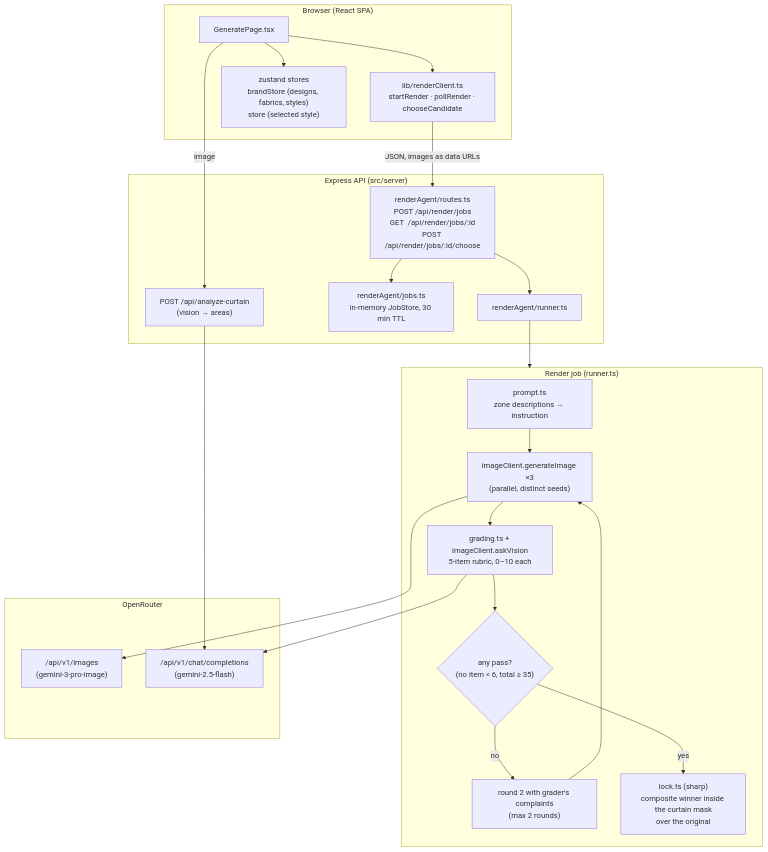
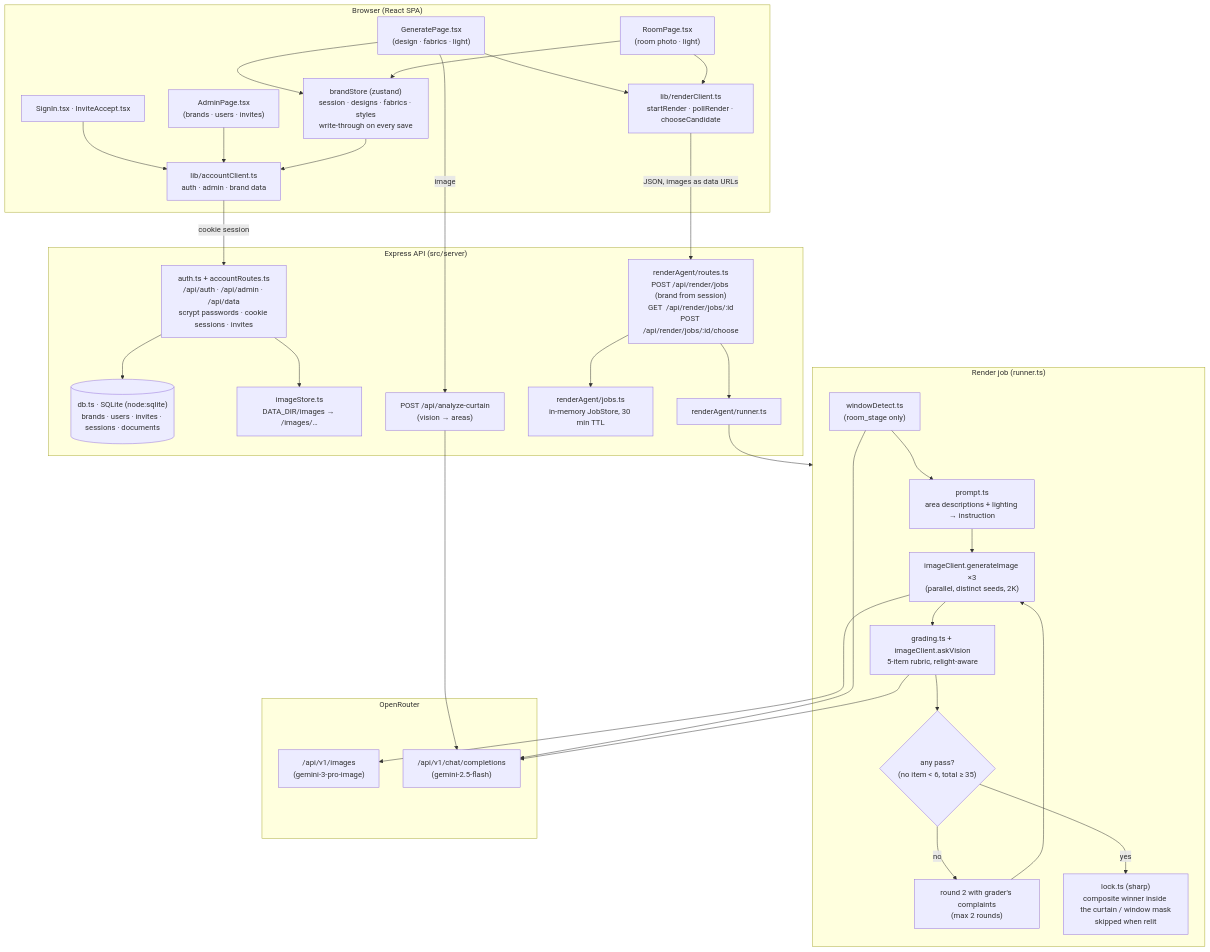
Before and after one commit to Vijendrapratap/Aatmi-curtain: the second of 2 diagrams in README.md, drawn with Mermaid.

Commit message:
docs(readme): architecture diagram covers accounts, persistence, Room page and lighting

````diff
--- a/README.md
+++ b/README.md
@@ -47,43 +47,61 @@
 ```mermaid
 flowchart TB
     subgraph Browser["Browser (React SPA)"]
-        GP["GeneratePage.tsx"]
+        SI["SignIn.tsx · InviteAccept.tsx"]
+        GP["GeneratePage.tsx\n(design · fabrics · light)"]
+        RP["RoomPage.tsx\n(room photo · light)"]
+        AP["AdminPage.tsx\n(brands · users · invites)"]
         RC["lib/renderClient.ts\nstartRender · pollRender · chooseCandidate"]
-        ST["zustand stores\nbrandStore (designs, fabrics, styles)\nstore (selected style)"]
+        AC["lib/accountClient.ts\nauth · admin · brand data"]
+        ST["brandStore (zustand)\nsession · designs · fabrics · styles\nwrite-through on every save"]
         GP --> RC
+        RP --> RC
         GP --> ST
+        RP --> ST
+        SI --> AC
+        AP --> AC
+        ST --> AC
     end
 
     subgraph Server["Express API (src/server)"]
+        AU["auth.ts + accountRoutes.ts\n/api/auth · /api/admin · /api/data\nscrypt passwords · cookie sessions · invites"]
+        DB[("db.ts · SQLite (node:sqlite)\nbrands · users · invites · sessions · documents")]
+        IS["imageStore.ts\nDATA_DIR/images → /images/…"]
         AN["POST /api/analyze-curtain\n(vision → areas)"]
-        RT["renderAgent/routes.ts\nPOST /api/render/jobs\nGET  /api/render/jobs/:id\nPOST /api/render/jobs/:id/choose"]
+        RT["renderAgent/routes.ts\nPOST /api/render/jobs (brand from session)\nGET  /api/render/jobs/:id\nPOST /api/render/jobs/:id/choose"]
         JS["renderAgent/jobs.ts\nin-memory JobStore, 30 min TTL"]
         RN["renderAgent/runner.ts"]
+        AU --> DB
+        AU --> IS
         RT --> JS
         RT --> RN
     end
 
     subgraph Pipeline["Render job (runner.ts)"]
-        P["prompt.ts\nzone descriptions → instruction"]
-        GEN["imageClient.generateImage ×3\n(parallel, distinct seeds)"]
-        GR["grading.ts + imageClient.askVision\n5-item rubric, 0–10 each"]
+        P["prompt.ts\narea descriptions + lighting → instruction"]
+        WD["windowDetect.ts\n(room_stage only)"]
+        GEN["imageClient.generateImage ×3\n(parallel, distinct seeds, 2K)"]
+        GR["grading.ts + imageClient.askVision\n5-item rubric, relight-aware"]
         SEL{"any pass?\n(no item < 6, total ≥ 35)"}
         RETRY["round 2 with grader's complaints\n(max 2 rounds)"]
-        LK["lock.ts (sharp)\ncomposite winner inside the curtain mask\nover the original"]
+        LK["lock.ts (sharp)\ncomposite winner inside the curtain / window mask\nskipped when relit"]
+        WD --> P
         P --> GEN --> GR --> SEL
         SEL -- no --> RETRY --> GEN
         SEL -- yes --> LK
     end
 
     subgraph Provider["OpenRouter"]
         IM["/api/v1/images\n(gemini-3-pro-image)"]
         CH["/api/v1/chat/completions\n(gemini-2.5-flash)"]
     end
 
+    AC -->|cookie session| AU
     RC -->|JSON, images as data URLs| RT
     GP -->|image| AN
     AN --> CH
     RN --> Pipeline
+    WD --> CH
     GEN --> IM
     GR --> CH
 ```
````
